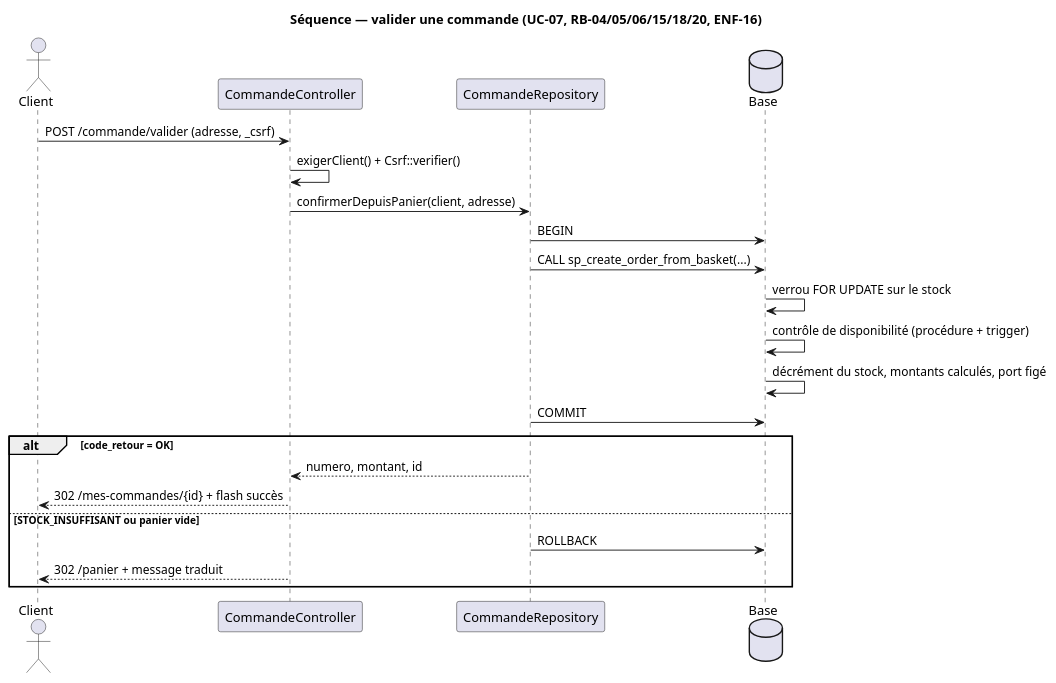
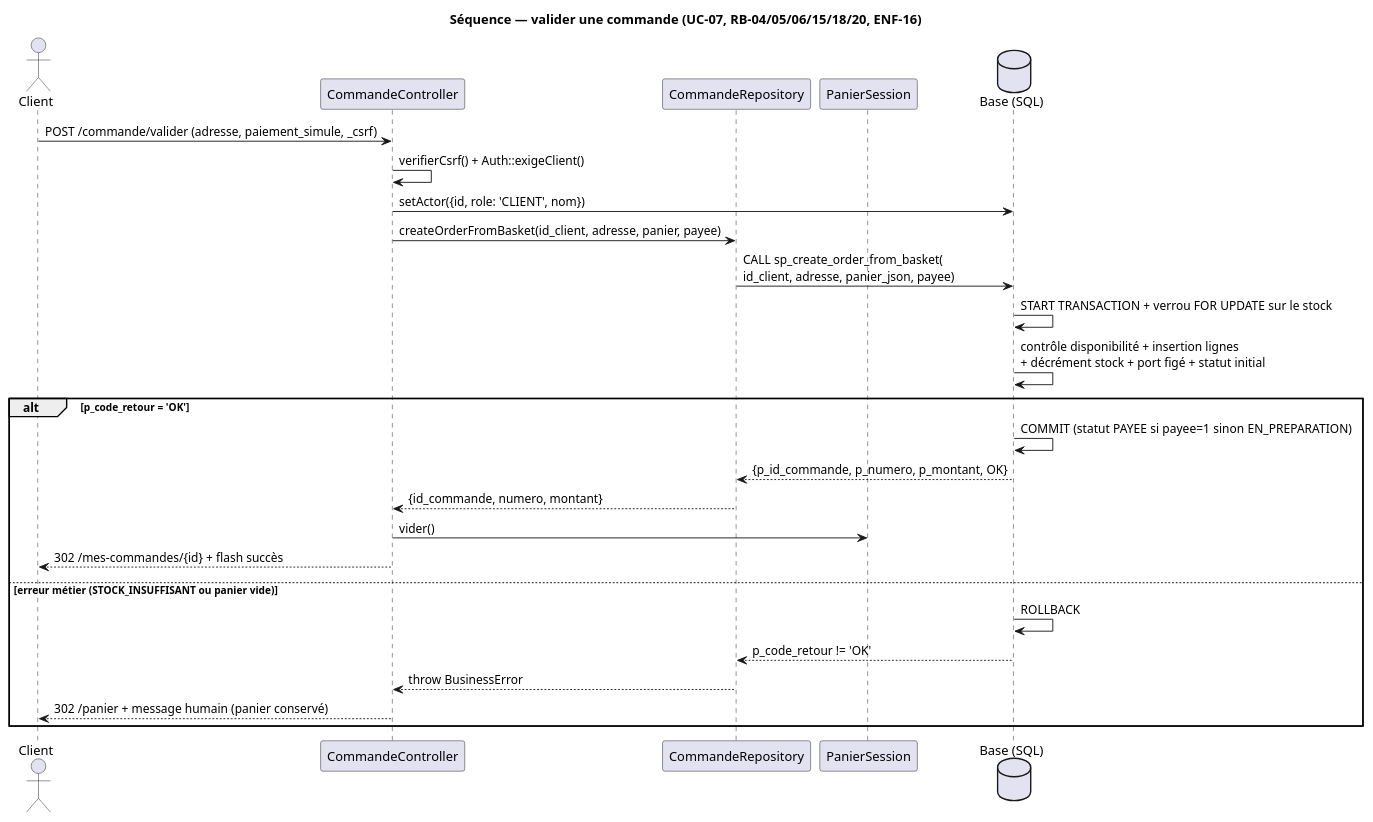
One commit to jojo8356/SAE-302 changed the diagram in docs/diagrams/src/seq_passer_commande.puml. Above: the diagram before and after it, drawn with PlantUML. The commit also changed 28 other files, not shown here.

Commit message:
docs(uml): corrige les 14 schémas PlantUML et régénère les 14 PNG conformes au code

```diff
--- a/docs/diagrams/src/seq_passer_commande.puml
+++ b/docs/diagrams/src/seq_passer_commande.puml
@@ -1,23 +1,31 @@
 @startuml seq_passer_commande
 title Séquence — valider une commande (UC-07, RB-04/05/06/15/18/20, ENF-16)
 actor Client
 participant "CommandeController" as CC
 participant "CommandeRepository" as CR
-database "Base" as DB
-Client -> CC : POST /commande/valider (adresse, _csrf)
-CC -> CC : exigerClient() + Csrf::verifier()
-CC -> CR : confirmerDepuisPanier(client, adresse)
-CR -> DB : BEGIN
-CR -> DB : CALL sp_create_order_from_basket(...)
-DB -> DB : verrou FOR UPDATE sur le stock
-DB -> DB : contrôle de disponibilité (procédure + trigger)
-DB -> DB : décrément du stock, montants calculés, port figé
-CR -> DB : COMMIT
-alt code_retour = OK
-  CR --> CC : numero, montant, id
+participant "PanierSession" as PS
+database "Base (SQL)" as DB
+
+Client -> CC : POST /commande/valider (adresse, paiement_simule, _csrf)
+CC -> CC : verifierCsrf() + Auth::exigeClient()
+CC -> DB : setActor({id, role: 'CLIENT', nom})
+CC -> CR : createOrderFromBasket(id_client, adresse, panier, payee)
+CR -> DB : CALL sp_create_order_from_basket(\nid_client, adresse, panier_json, payee)
+
+DB -> DB : START TRANSACTION + verrou FOR UPDATE sur le stock
+DB -> DB : contrôle disponibilité + insertion lignes\n+ décrément stock + port figé + statut initial
+
+alt p_code_retour = 'OK'
+  DB -> DB : COMMIT (statut PAYEE si payee=1 sinon EN_PREPARATION)
+  DB --> CR : {p_id_commande, p_numero, p_montant, OK}
+  CR --> CC : {id_commande, numero, montant}
+  CC -> PS : vider()
   CC --> Client : 302 /mes-commandes/{id} + flash succès
-else STOCK_INSUFFISANT ou panier vide
-  CR -> DB : ROLLBACK
-  CC --> Client : 302 /panier + message traduit
+  ||8||
+else erreur métier (STOCK_INSUFFISANT ou panier vide)
+  DB -> DB : ROLLBACK
+  DB --> CR : p_code_retour != 'OK'
+  CR --> CC : throw BusinessError
+  CC --> Client : 302 /panier + message humain (panier conservé)
 end
 @enduml
```
